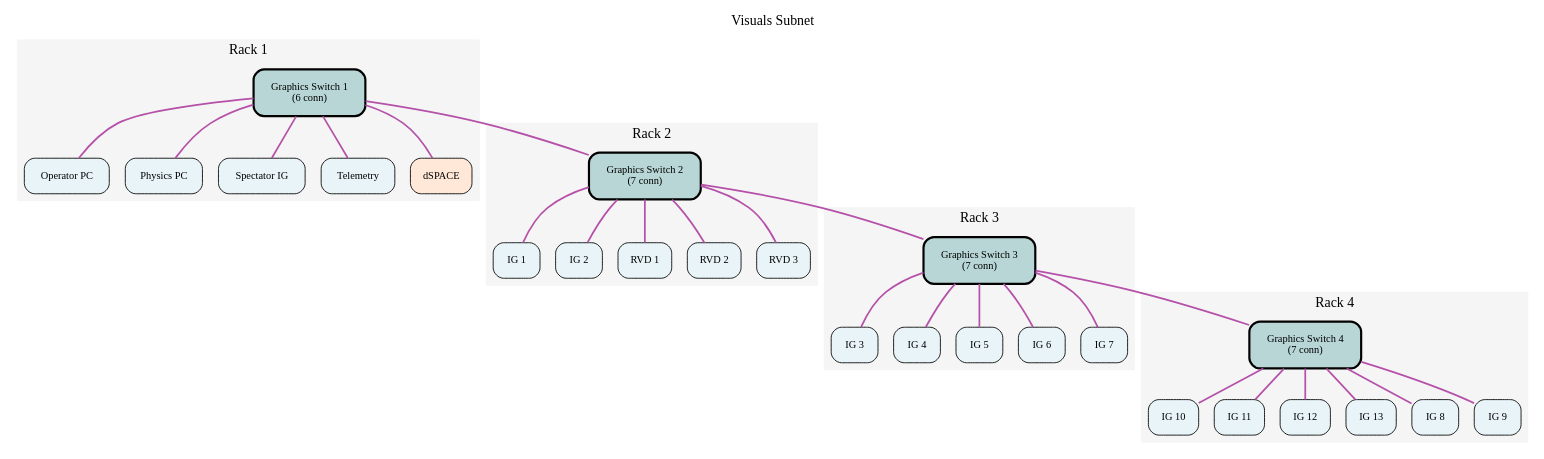
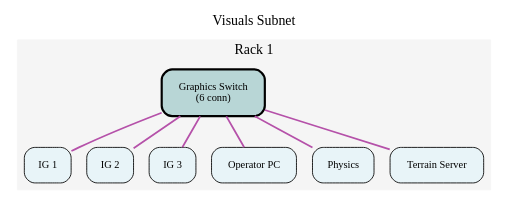
The diagram in output/visuals_subnet.dot (BenjiPestell/rack-diagram-demo), drawn with Graphviz before and after one commit. The commit also changed 6 other files, not shown here.

```diff
--- a/output/visuals_subnet.dot
+++ b/output/visuals_subnet.dot
@@ -32,41 +32,8 @@
     color="#F5F5F5";
     fontname="Sinkin Sans 400 Regular";
 
-    "Graphics_Switch_1" [
-      label="Graphics Switch 1\n(6 conn)",
-      fillcolor="#B8D6D6",
-      penwidth=2.5
-    ];
-    "Operator_PC" [
-      label="Operator PC",
-      fillcolor="#E8F4F8"
-    ];
-    "Physics_PC" [
-      label="Physics PC",
-      fillcolor="#E8F4F8"
-    ];
-    "Spectator_IG" [
-      label="Spectator IG",
-      fillcolor="#E8F4F8"
-    ];
-    "Telemetry" [
-      label="Telemetry",
-      fillcolor="#E8F4F8"
-    ];
-    "dSPACE" [
-      label="dSPACE",
-      fillcolor="#FFE8D8"
-    ];
-  }
-
-  subgraph cluster_rack2 {
-    label="Rack 2";
-    style=filled;
-    color="#F5F5F5";
-    fontname="Sinkin Sans 400 Regular";
-
-    "Graphics_Switch_2" [
-      label="Graphics Switch 2\n(7 conn)",
+    "Graphics_Switch" [
+      label="Graphics Switch\n(6 conn)",
       fillcolor="#B8D6D6",
       penwidth=2.5
     ];
@@ -78,161 +45,41 @@
       label="IG 2",
       fillcolor="#E8F4F8"
     ];
-    "RVD_1" [
-      label="RVD 1",
-      fillcolor="#E8F4F8"
-    ];
-    "RVD_2" [
-      label="RVD 2",
-      fillcolor="#E8F4F8"
-    ];
-    "RVD_3" [
-      label="RVD 3",
-      fillcolor="#E8F4F8"
-    ];
-  }
-
-  subgraph cluster_rack3 {
-    label="Rack 3";
-    style=filled;
-    color="#F5F5F5";
-    fontname="Sinkin Sans 400 Regular";
-
-    "Graphics_Switch_3" [
-      label="Graphics Switch 3\n(7 conn)",
-      fillcolor="#B8D6D6",
-      penwidth=2.5
-    ];
     "IG_3" [
       label="IG 3",
       fillcolor="#E8F4F8"
     ];
-    "IG_4" [
-      label="IG 4",
+    "Operator_PC" [
+      label="Operator PC",
       fillcolor="#E8F4F8"
     ];
-    "IG_5" [
-      label="IG 5",
+    "Physics" [
+      label="Physics",
       fillcolor="#E8F4F8"
     ];
-    "IG_6" [
-      label="IG 6",
-      fillcolor="#E8F4F8"
-    ];
-    "IG_7" [
-      label="IG 7",
-      fillcolor="#E8F4F8"
-    ];
-  }
-
-  subgraph cluster_rack4 {
-    label="Rack 4";
-    style=filled;
-    color="#F5F5F5";
-    fontname="Sinkin Sans 400 Regular";
-
-    "Graphics_Switch_4" [
-      label="Graphics Switch 4\n(7 conn)",
-      fillcolor="#B8D6D6",
-      penwidth=2.5
-    ];
-    "IG_10" [
-      label="IG 10",
-      fillcolor="#E8F4F8"
-    ];
-    "IG_11" [
-      label="IG 11",
-      fillcolor="#E8F4F8"
-    ];
-    "IG_12" [
-      label="IG 12",
-      fillcolor="#E8F4F8"
-    ];
-    "IG_13" [
-      label="IG 13",
-      fillcolor="#E8F4F8"
-    ];
-    "IG_8" [
-      label="IG 8",
-      fillcolor="#E8F4F8"
-    ];
-    "IG_9" [
-      label="IG 9",
+    "Terrain_Server" [
+      label="Terrain Server",
       fillcolor="#E8F4F8"
     ];
   }
 
   // Connections
-  Graphics_Switch_1 -- Graphics_Switch_2 [
+  Graphics_Switch -- Operator_PC [
     color="#b551a9", style=solid, penwidth=2.0
   ];
-  Graphics_Switch_2 -- Graphics_Switch_3 [
+  Graphics_Switch -- Physics [
     color="#b551a9", style=solid, penwidth=2.0
   ];
-  Graphics_Switch_3 -- Graphics_Switch_4 [
+  Graphics_Switch -- Terrain_Server [
     color="#b551a9", style=solid, penwidth=2.0
   ];
-  Graphics_Switch_1 -- Operator_PC [
+  Graphics_Switch -- IG_1 [
     color="#b551a9", style=solid, penwidth=2.0
   ];
-  Graphics_Switch_1 -- Physics_PC [
+  Graphics_Switch -- IG_2 [
     color="#b551a9", style=solid, penwidth=2.0
   ];
-  Graphics_Switch_1 -- Spectator_IG [
-    color="#b551a9", style=solid, penwidth=2.0
-  ];
-  Graphics_Switch_1 -- Telemetry [
-    color="#b551a9", style=solid, penwidth=2.0
-  ];
-  Graphics_Switch_1 -- dSPACE [
-    color="#b551a9", style=solid, penwidth=2.0
-  ];
-  Graphics_Switch_2 -- RVD_1 [
-    color="#b551a9", style=solid, penwidth=2.0
-  ];
-  Graphics_Switch_2 -- RVD_2 [
-    color="#b551a9", style=solid, penwidth=2.0
-  ];
-  Graphics_Switch_2 -- RVD_3 [
-    color="#b551a9", style=solid, penwidth=2.0
-  ];
-  Graphics_Switch_2 -- IG_1 [
-    color="#b551a9", style=solid, penwidth=2.0
-  ];
-  Graphics_Switch_2 -- IG_2 [
-    color="#b551a9", style=solid, penwidth=2.0
-  ];
-  Graphics_Switch_3 -- IG_3 [
-    color="#b551a9", style=solid, penwidth=2.0
-  ];
-  Graphics_Switch_3 -- IG_4 [
-    color="#b551a9", style=solid, penwidth=2.0
-  ];
-  Graphics_Switch_3 -- IG_5 [
-    color="#b551a9", style=solid, penwidth=2.0
-  ];
-  Graphics_Switch_3 -- IG_6 [
-    color="#b551a9", style=solid, penwidth=2.0
-  ];
-  Graphics_Switch_3 -- IG_7 [
-    color="#b551a9", style=solid, penwidth=2.0
-  ];
-  Graphics_Switch_4 -- IG_8 [
-    color="#b551a9", style=solid, penwidth=2.0
-  ];
-  Graphics_Switch_4 -- IG_9 [
-    color="#b551a9", style=solid, penwidth=2.0
-  ];
-  Graphics_Switch_4 -- IG_10 [
-    color="#b551a9", style=solid, penwidth=2.0
-  ];
-  Graphics_Switch_4 -- IG_11 [
-    color="#b551a9", style=solid, penwidth=2.0
-  ];
-  Graphics_Switch_4 -- IG_12 [
-    color="#b551a9", style=solid, penwidth=2.0
-  ];
-  Graphics_Switch_4 -- IG_13 [
+  Graphics_Switch -- IG_3 [
     color="#b551a9", style=solid, penwidth=2.0
   ];
 
```
